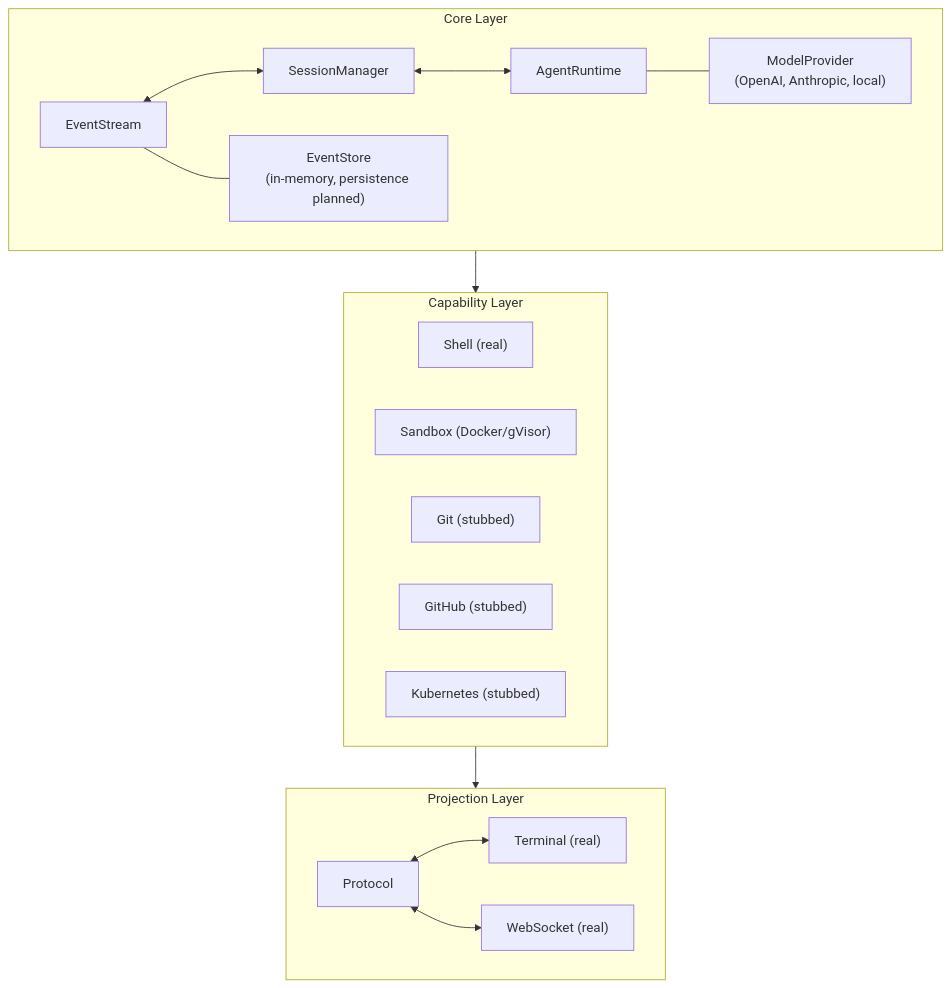
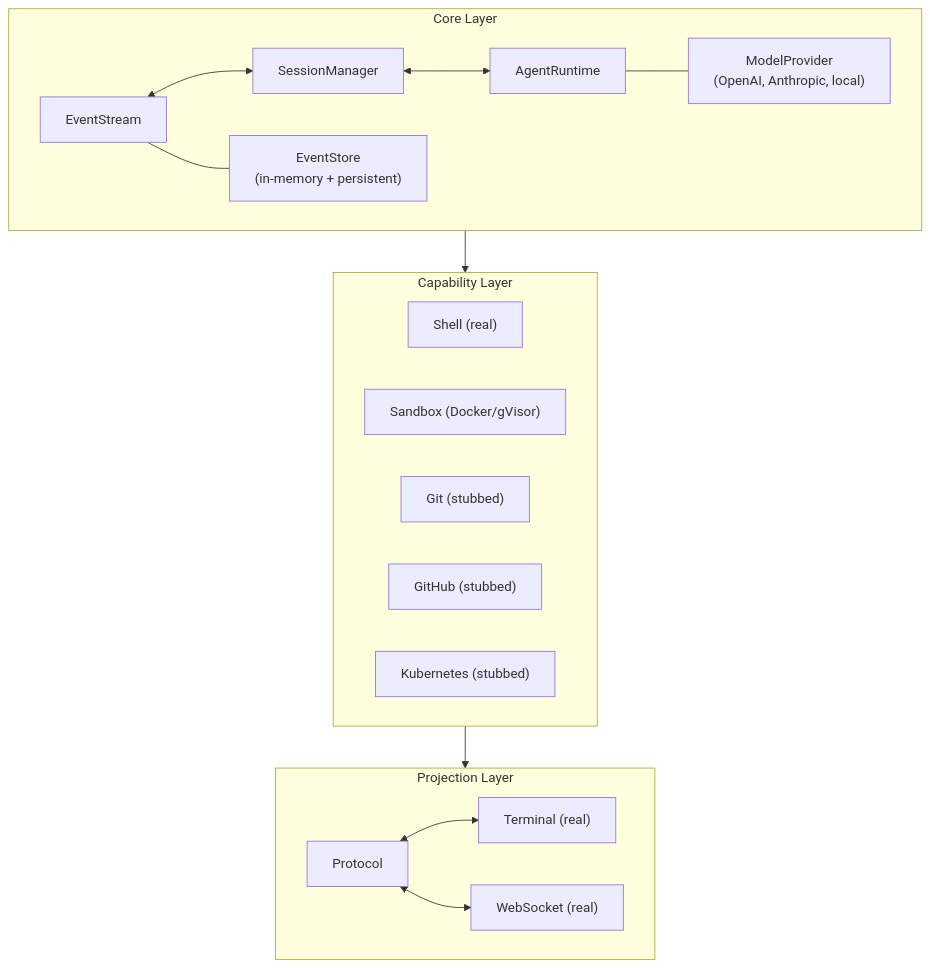
Before and after one commit to allentv/kayak-lab: the first of 2 diagrams in docs/architecture.md, drawn with Mermaid. The commit also changed other lines of this file and 4 other files, not shown here.

````diff
--- a/docs/architecture.md
+++ b/docs/architecture.md
@@ -5,28 +5,28 @@
 ```mermaid
 graph TB
     subgraph Core["Core Layer"]
         ES["EventStream"] <--> SM["SessionManager"]
         SM <--> AR["AgentRuntime"]
-        ES --- ESTORE["EventStore<br/>(in-memory, persistence planned)"]
+        ES --- ESTORE["EventStore<br/>(in-memory + persistent)"]
         AR --- MP["ModelProvider<br/>(OpenAI, Anthropic, local)"]
     end
 
     subgraph Capabilities["Capability Layer"]
         Shell["Shell (real)"]
         Sandbox["Sandbox (Docker/gVisor)"]
         Git["Git (stubbed)"]
         GitHub["GitHub (stubbed)"]
         K8s["Kubernetes (stubbed)"]
     end
 
     subgraph Projections["Projection Layer"]
         Protocol["Protocol"]
         Terminal["Terminal (real)"]
         WebSocket["WebSocket (real)"]
         Protocol <--> Terminal
         Protocol <--> WebSocket
     end
 
     Core --> Capabilities
     Capabilities --> Projections
 ```
````
